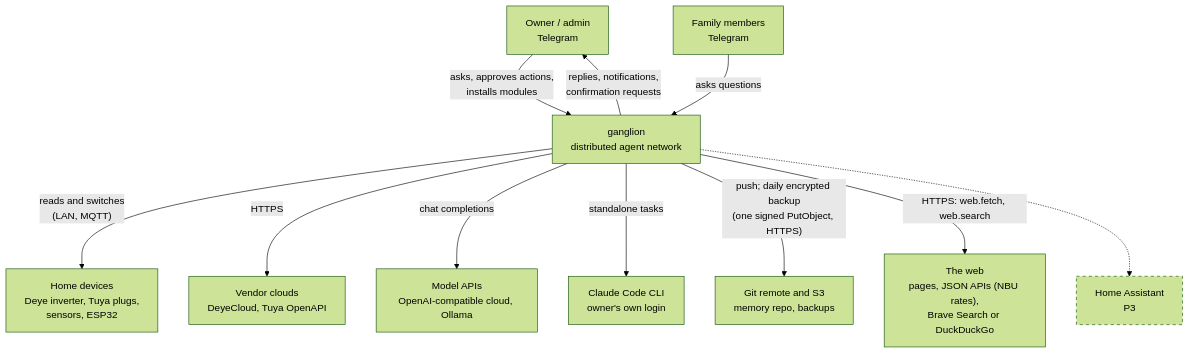
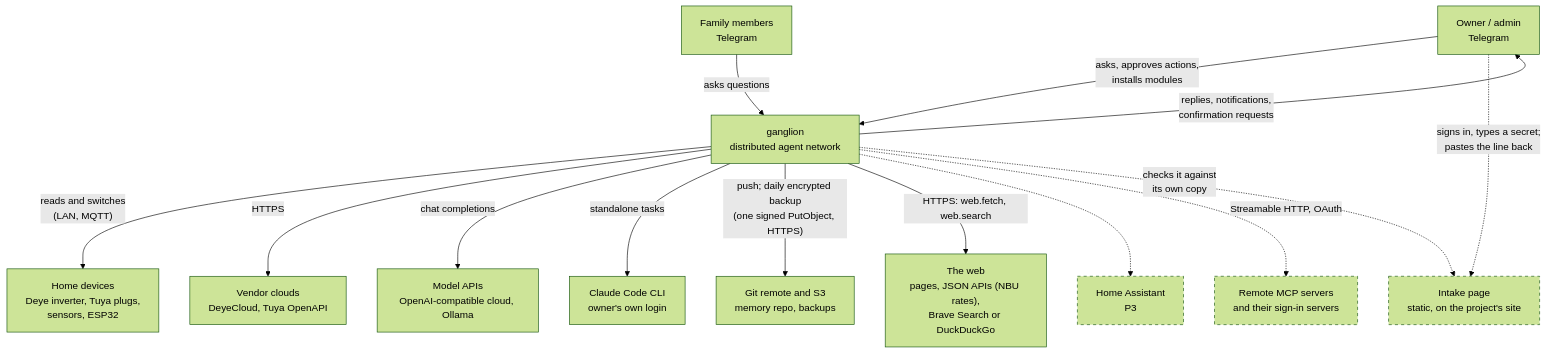
The diagram in docs/architecture/01-context.md (igorrius/ganglion), drawn with Mermaid (forest theme) before and after one commit. The commit also changed other lines of this file and 7 other files, not shown here.

First line of the commit message:
docs: remote MCP servers and handing values over from the chat

````diff
--- a/docs/architecture/01-context.md
+++ b/docs/architecture/01-context.md
@@ -6,29 +6,34 @@
 ```mermaid
 flowchart TB
     owner["Owner / admin<br/>Telegram"]
     family["Family members<br/>Telegram"]
 
     g["ganglion<br/>distributed agent network"]
 
     devices["Home devices<br/>Deye inverter, Tuya plugs,<br/>sensors, ESP32"]
     clouds["Vendor clouds<br/>DeyeCloud, Tuya OpenAPI"]
     llm["Model APIs<br/>OpenAI-compatible cloud, Ollama"]
     claude["Claude Code CLI<br/>owner's own login"]
     backup["Git remote and S3<br/>memory repo, backups"]
     webs["The web<br/>pages, JSON APIs (NBU rates),<br/>Brave Search or DuckDuckGo"]
     ha["Home Assistant<br/>P3"]
+    mcps["Remote MCP servers<br/>and their sign-in servers"]
+    page["Intake page<br/>static, on the project's site"]
 
     owner -- "asks, approves actions,<br/>installs modules" --> g
     family -- "asks questions" --> g
     g -- "replies, notifications,<br/>confirmation requests" --> owner
     g -- "reads and switches<br/>(LAN, MQTT)" --> devices
     g -- "HTTPS" --> clouds
     g -- "chat completions" --> llm
     g -- "standalone tasks" --> claude
     g -- "push; daily encrypted backup<br/>(one signed PutObject, HTTPS)" --> backup
     g -- "HTTPS: web.fetch, web.search" --> webs
     g -.-> ha
+    g -. "Streamable HTTP, OAuth" .-> mcps
+    owner -. "signs in, types a secret;<br/>pastes the line back" .-> page
+    g -. "checks it against<br/>its own copy" .-> page
 
     classDef planned stroke-dasharray: 5 5
-    class ha planned
+    class ha,mcps,page planned
 ```
````
